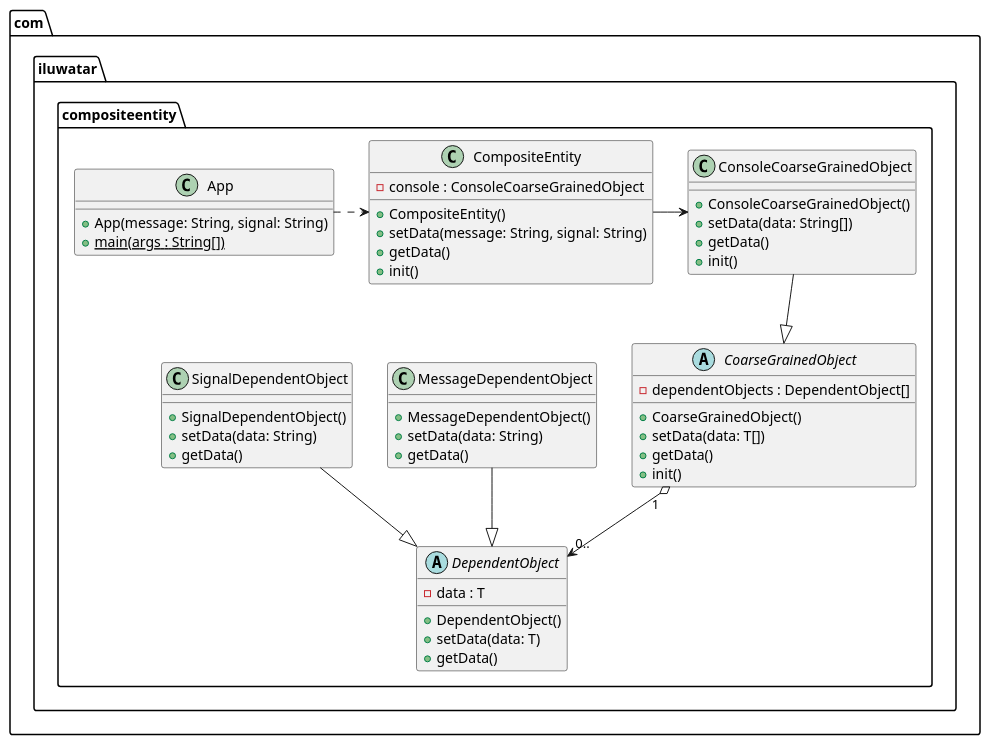
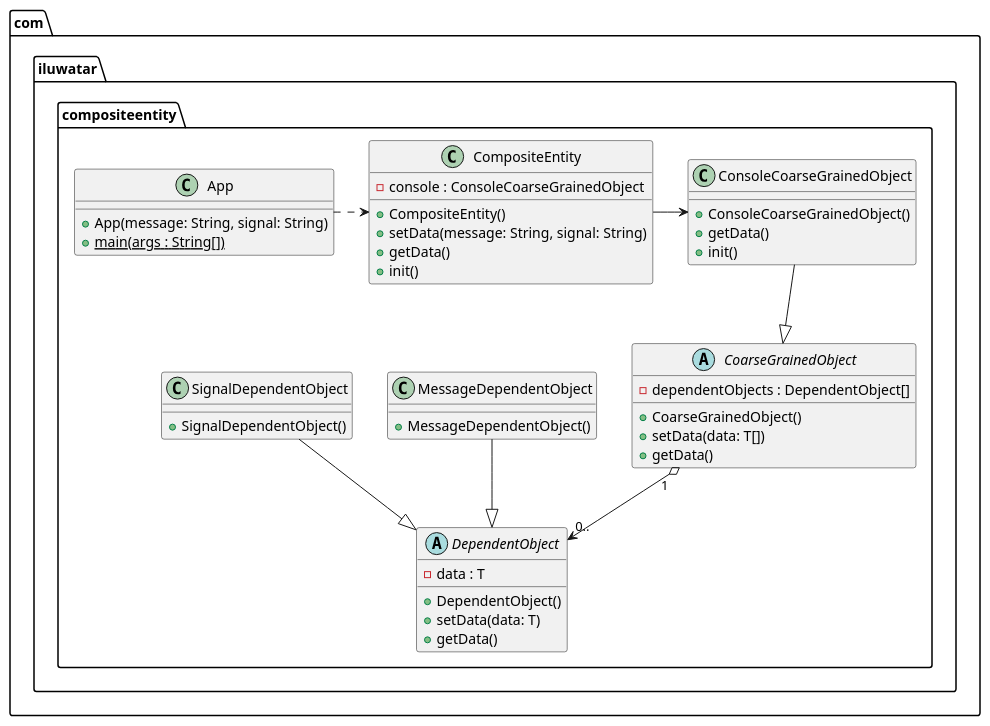
The diagram in composite-entity/etc/composite-entity.urm.puml (iluwatar/java-design-patterns), drawn with PlantUML before and after one commit. The commit also changed 4 other files, not shown here.

```diff
--- a/composite-entity/etc/composite-entity.urm.puml
+++ b/composite-entity/etc/composite-entity.urm.puml
@@ -1,51 +1,45 @@
 @startuml
 package com.iluwatar.compositeentity {
   class App {
      + App(message: String, signal: String)
      + main(args : String[]) {static}
   }
   class CompositeEntity{
       - console : ConsoleCoarseGrainedObject
       + CompositeEntity()
       + setData(message: String, signal: String)
       + getData()
       + init()
     }
   abstract CoarseGrainedObject{
     - dependentObjects : DependentObject[]
     + CoarseGrainedObject()
     + setData(data: T[])
     + getData()
-    + init()
   }
   abstract DependentObject{
       - data : T
       + DependentObject()
       + setData(data: T)
       + getData()
   }
   class ConsoleCoarseGrainedObject{
       + ConsoleCoarseGrainedObject()
-      + setData(data: String[])
       + getData()
       + init()
   }
   class MessageDependentObject{
           + MessageDependentObject()
-          + setData(data: String)
-          + getData()
   }
   class SignalDependentObject{
             + SignalDependentObject()
-            + setData(data: String)
-            + getData()
   }
 
   MessageDependentObject --|> DependentObject
   SignalDependentObject  --|> DependentObject
   ConsoleCoarseGrainedObject --|> CoarseGrainedObject
   CompositeEntity -right-> ConsoleCoarseGrainedObject
   CoarseGrainedObject "1" o--> "0.." DependentObject
   App .right.> CompositeEntity
 }
 @enduml
```
